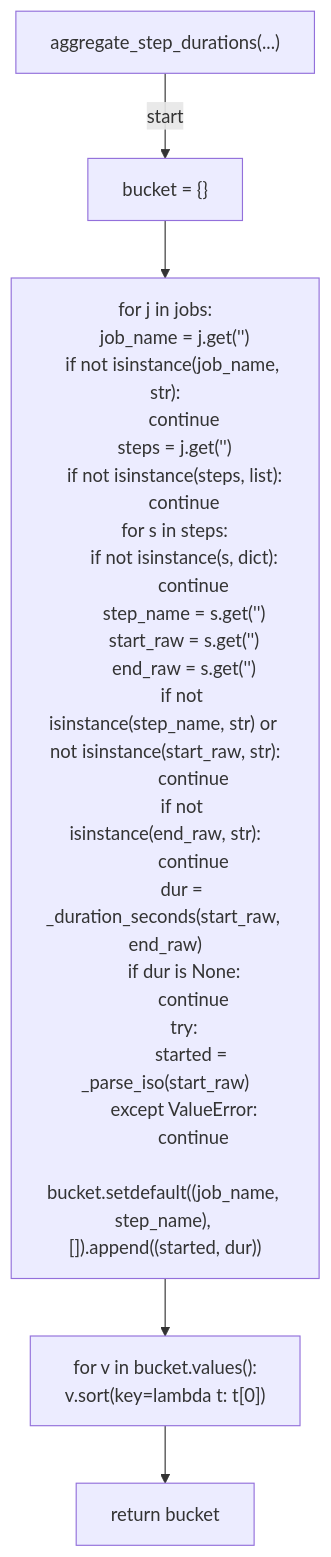
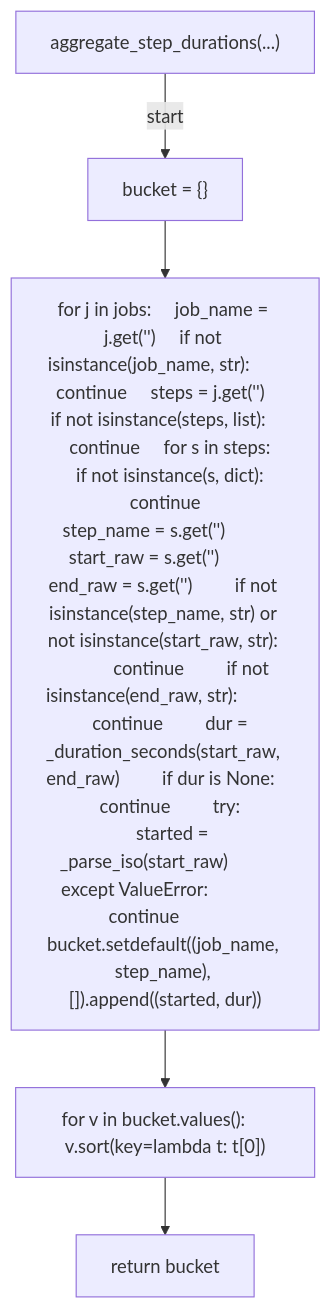
The ninth of 25 diagrams in docs/generated/scripts/ast/analyze_ci_timings.md (tvna/claude-md), drawn with Mermaid before and after one commit. The commit also changed other lines of this file and 20 other files, not shown here.

First line of the commit message:
docs(generated): regenerate decision tree and workflow diagrams (batch 1/5)

````diff
--- a/docs/generated/scripts/ast/analyze_ci_timings.md
+++ b/docs/generated/scripts/ast/analyze_ci_timings.md
@@ -204,37 +159,12 @@
 ```mermaid
 flowchart TD
     N001["aggregate_step_durations(...)"]
     N002["bucket = {}"]
-    N003["for j in jobs:
-    job_name = j.get('<str>')
-    if not isinstance(job_name, str):
-        continue
-    steps = j.get('<str>')
-    if not isinstance(steps, list):
-        continue
-    for s in steps:
-        if not isinstance(s, dict):
-            continue
-        step_name = s.get('<str>')
-        start_raw = s.get('<str>')
-        end_raw = s.get('<str>')
-        if not isinstance(step_name, str) or not isinstance(start_raw, str):
-            continue
-        if not isinstance(end_raw, str):
-            continue
-        dur = _duration_seconds(start_raw, end_raw)
-        if dur is None:
-            continue
-        try:
-            started = _parse_iso(start_raw)
-        except ValueError:
-            continue
-        bucket.setdefault((job_name, step_name), []).append((started, dur))"]
-    N004["for v in bucket.values():
-    v.sort(key=lambda t: t[0])"]
+    N003["for j in jobs:     job_name = j.get('<str>')     if not isinstance(job_name, str):         continue     steps = j.get('<str>')     if not isinstance(steps, list):         continue     for s in steps:         if not isinstance(s, dict):             continue         step_name = s.get('<str>')         start_raw = s.get('<str>')         end_raw = s.get('<str>')         if not isinstance(step_name, str) or not isinstance(start_raw, str):             continue         if not isinstance(end_raw, str):             continue         dur = _duration_seconds(start_raw, end_raw)         if dur is None:             continue         try:             started = _parse_iso(start_raw)         except ValueError:             continue         bucket.setdefault((job_name, step_name), []).append((started, dur))"]
+    N004["for v in bucket.values():     v.sort(key=lambda t: t[0])"]
     N005["return bucket"]
     N001 -->|"start"| N002
     N002 --> N003
     N003 --> N004
     N004 --> N005
 ```
````
